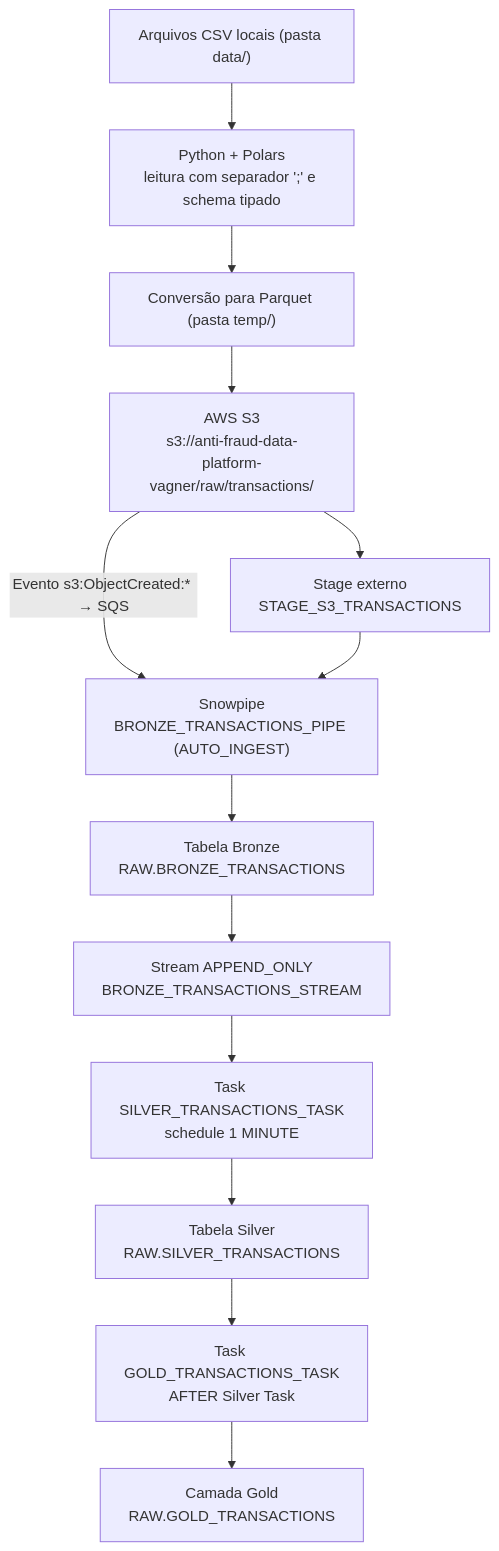
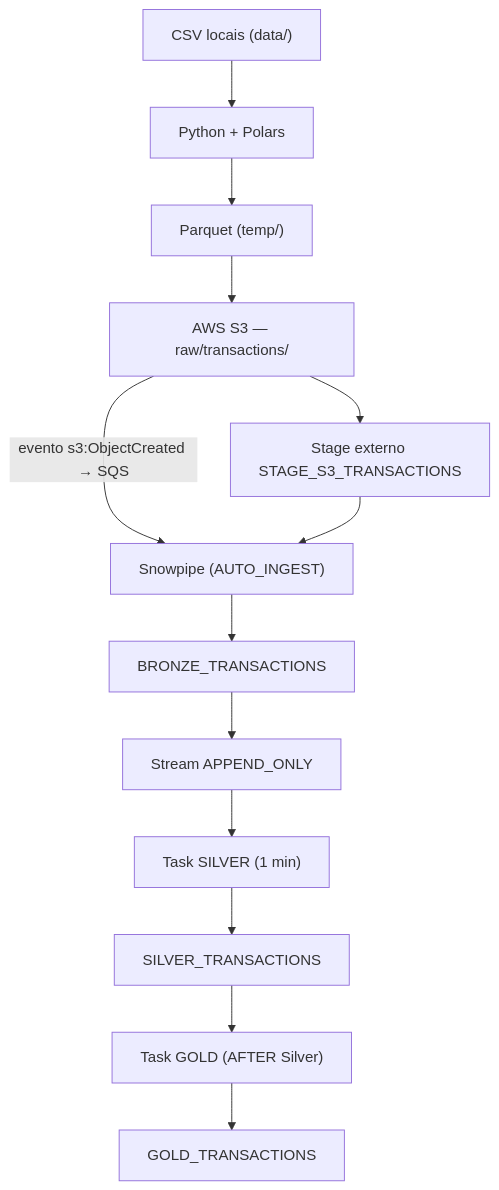
The diagram in docs/documentacao-tecnica-pipeline.md (michellvagner/anti-fraud-data-plataform), drawn with Mermaid before and after one commit. The commit also changed other lines of this file and 2 other files, not shown here.

````diff
--- a/docs/documentacao-tecnica-pipeline.md
+++ b/docs/documentacao-tecnica-pipeline.md
@@ -32,15 +21,15 @@
 ```mermaid
 flowchart TD
-    A["Arquivos CSV locais (pasta data/)"] --> B["Python + Polars<br/>leitura com separador ';' e schema tipado"]
-    B --> C["Conversão para Parquet (pasta temp/)"]
-    C --> D["AWS S3<br/>s3://anti-fraud-data-platform-vagner/raw/transactions/"]
-    D -->|Evento s3:ObjectCreated:* → SQS| E["Snowpipe<br/>BRONZE_TRANSACTIONS_PIPE (AUTO_INGEST)"]
-    D --> S["Stage externo<br/>STAGE_S3_TRANSACTIONS"]
+    A["CSV locais (data/)"] --> B["Python + Polars"]
+    B --> C["Parquet (temp/)"]
+    C --> D["AWS S3 — raw/transactions/"]
+    D -->|"evento s3:ObjectCreated → SQS"| E["Snowpipe (AUTO_INGEST)"]
+    D --> S["Stage externo STAGE_S3_TRANSACTIONS"]
     S --> E
-    E --> F["Tabela Bronze<br/>RAW.BRONZE_TRANSACTIONS"]
-    F --> G["Stream APPEND_ONLY<br/>BRONZE_TRANSACTIONS_STREAM"]
-    G --> H["Task SILVER_TRANSACTIONS_TASK<br/>schedule 1 MINUTE"]
-    H --> I["Tabela Silver<br/>RAW.SILVER_TRANSACTIONS"]
-    I --> J["Task GOLD_TRANSACTIONS_TASK<br/>AFTER Silver Task"]
-    J --> K["Camada Gold<br/>RAW.GOLD_TRANSACTIONS"]
+    E --> F["BRONZE_TRANSACTIONS"]
+    F --> G["Stream APPEND_ONLY"]
+    G --> H["Task SILVER (1 min)"]
+    H --> I["SILVER_TRANSACTIONS"]
+    I --> J["Task GOLD (AFTER Silver)"]
+    J --> K["GOLD_TRANSACTIONS"]
 ```
````
